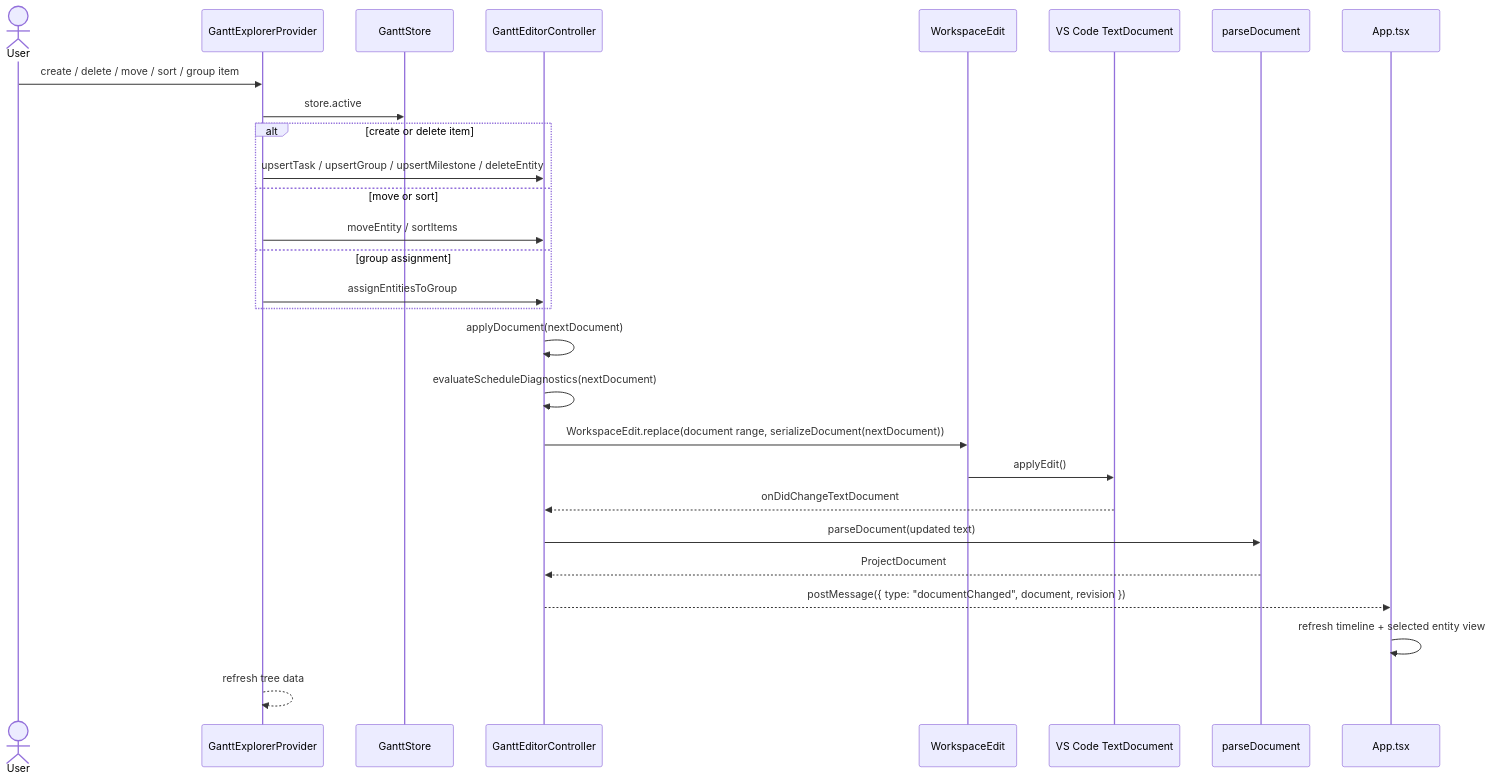
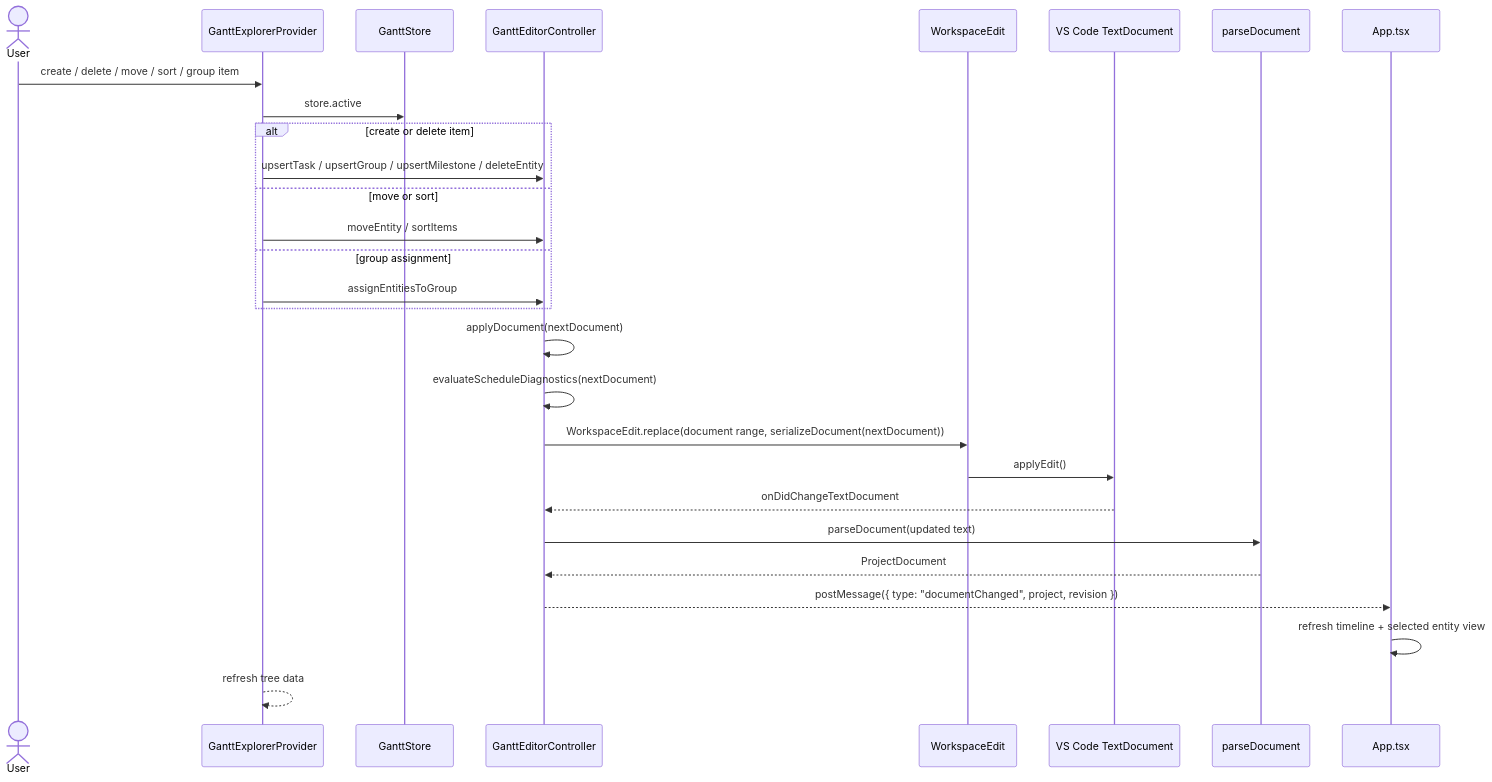
The fifth of 6 diagrams in docs/documentation/gantt-model-hydration.md (sergehas/ganttee), drawn with Mermaid before and after one commit. The commit also changed other lines of this file and 46 other files, not shown here.

````diff
--- a/docs/documentation/gantt-model-hydration.md
+++ b/docs/documentation/gantt-model-hydration.md
@@ -217,31 +223,31 @@
 ```mermaid
 sequenceDiagram
     actor User
     participant Tree as GanttExplorerProvider
     participant Store as GanttStore
     participant Ctrl as GanttEditorController
     participant Write as WorkspaceEdit
     participant VSC as VS Code TextDocument
     participant Parse as parseDocument
     participant App as App.tsx
 
     User->>Tree: create / delete / move / sort / group item
     Tree->>Store: store.active
     alt create or delete item
         Tree->>Ctrl: upsertTask / upsertGroup / upsertMilestone / deleteEntity
     else move or sort
         Tree->>Ctrl: moveEntity / sortItems
     else group assignment
         Tree->>Ctrl: assignEntitiesToGroup
     end
     Ctrl->>Ctrl: applyDocument(nextDocument)
     Ctrl->>Ctrl: evaluateScheduleDiagnostics(nextDocument)
     Ctrl->>Write: WorkspaceEdit.replace(document range, serializeDocument(nextDocument))
     Write->>VSC: applyEdit()
     VSC-->>Ctrl: onDidChangeTextDocument
     Ctrl->>Parse: parseDocument(updated text)
     Parse-->>Ctrl: ProjectDocument
-    Ctrl-->>App: postMessage({ type: "documentChanged", document, revision })
+    Ctrl-->>App: postMessage({ type: "documentChanged", project, revision })
     App->>App: refresh timeline + selected entity view
     Tree-->>Tree: refresh tree data
 ```
````
